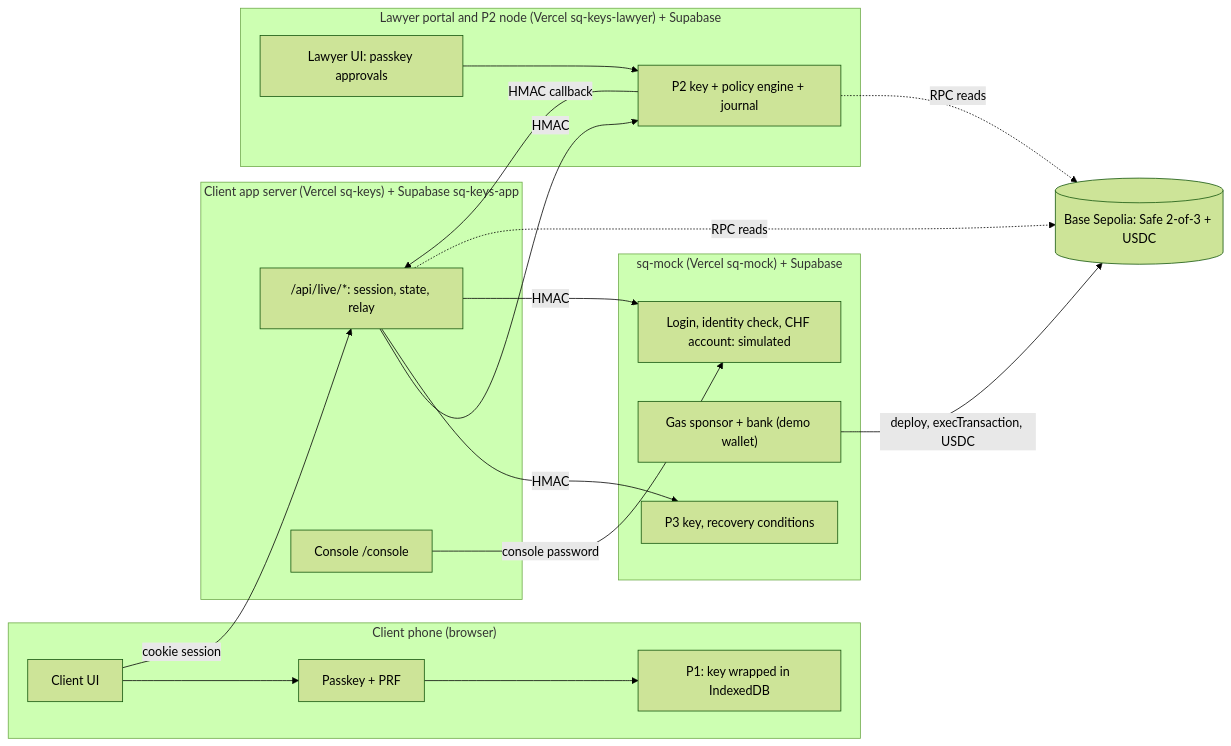
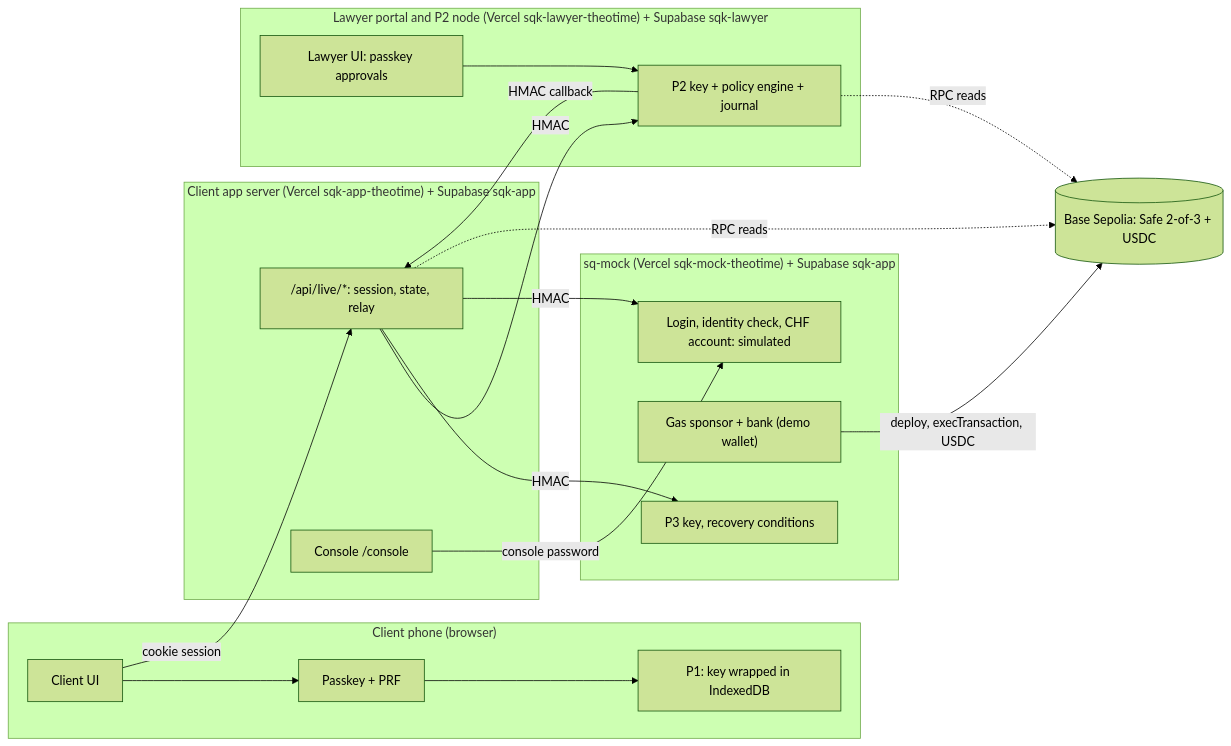
The diagram in README.md (teo-creativ/swissquote-wallet), drawn with Mermaid (forest theme) before and after one commit. The commit also changed other lines of this file, not shown here.

First line of the commit message:
docs(readme): point to the theotime deployment, explain the two Supabase projects

````diff
--- a/README.md
+++ b/README.md
@@ -55,33 +55,33 @@
 ```mermaid
 flowchart LR
   subgraph Phone["Client phone (browser)"]
     UI["Client UI"]
     PK["Passkey + PRF"]
     P1["P1: key wrapped in IndexedDB"]
   end
-  subgraph App["Client app server (Vercel sq-keys) + Supabase sq-keys-app"]
+  subgraph App["Client app server (Vercel sqk-app-theotime) + Supabase sqk-app"]
     API["/api/live/*: session, state, relay"]
     CON["Console /console"]
   end
-  subgraph Law["Lawyer portal and P2 node (Vercel sq-keys-lawyer) + Supabase"]
+  subgraph Law["Lawyer portal and P2 node (Vercel sqk-lawyer-theotime) + Supabase sqk-lawyer"]
     LUI["Lawyer UI: passkey approvals"]
     N2["P2 key + policy engine + journal"]
   end
-  subgraph SQ["sq-mock (Vercel sq-mock) + Supabase"]
+  subgraph SQ["sq-mock (Vercel sqk-mock-theotime) + Supabase sqk-app"]
     N3["P3 key, recovery conditions"]
     SP["Gas sponsor + bank (demo wallet)"]
     SVC["Login, identity check, CHF account: simulated"]
   end
   CHAIN[("Base Sepolia: Safe 2-of-3 + USDC")]
   UI --> PK --> P1
   UI -->|"cookie session"| API
   API -->|"HMAC"| N2
   API -->|"HMAC"| N3
   API -->|"HMAC"| SVC
   N2 -->|"HMAC callback"| API
   LUI --> N2
   CON -->|"console password"| SVC
   SP -->|"deploy, execTransaction, USDC"| CHAIN
   API -. "RPC reads" .-> CHAIN
   N2 -. "RPC reads" .-> CHAIN
 ```
````
